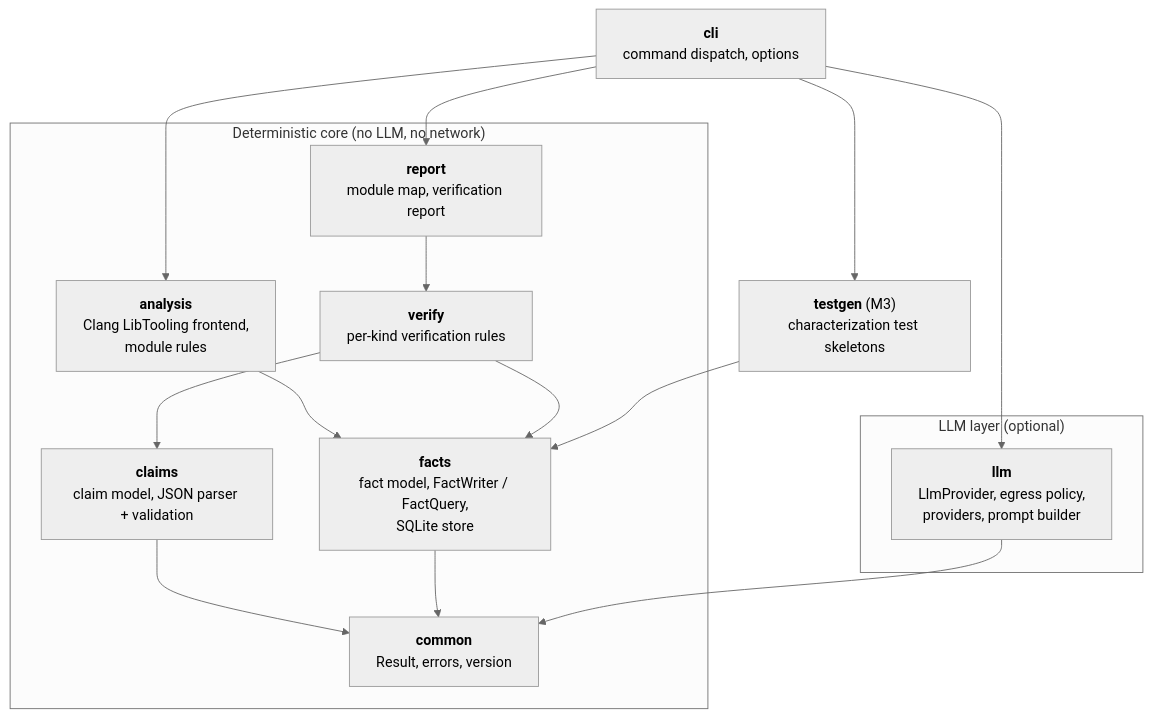
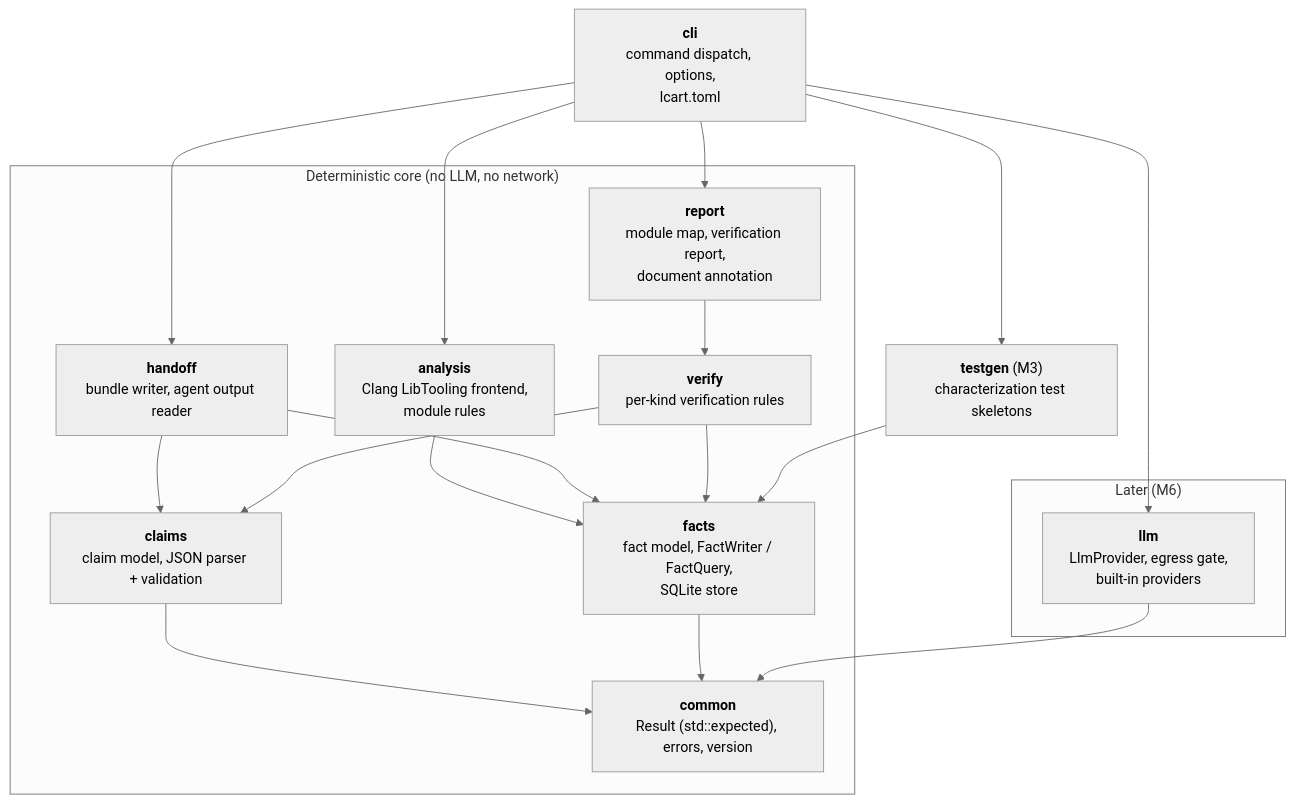
Before and after one commit to Tomek52/legacy-cartographer: the diagram in docs/architecture/c4-component.md, drawn with Mermaid (neutral theme). The commit also changed other lines of this file and 28 other files, not shown here.

First line of the commit message:
docs(adr): add ADRs 0006-0008 and the agent handoff contract

````diff
--- a/docs/architecture/c4-component.md
+++ b/docs/architecture/c4-component.md
@@ -6,28 +6,30 @@
 ```mermaid
 flowchart TB
-    cli["<b>cli</b><br/>command dispatch, options"]
+    cli["<b>cli</b><br/>command dispatch, options,<br/>lcart.toml"]
 
     subgraph det["Deterministic core (no LLM, no network)"]
         analysis["<b>analysis</b><br/>Clang LibTooling frontend,<br/>module rules"]
         facts["<b>facts</b><br/>fact model, FactWriter / FactQuery,<br/>SQLite store"]
         claims["<b>claims</b><br/>claim model, JSON parser + validation"]
         verify["<b>verify</b><br/>per-kind verification rules"]
-        report["<b>report</b><br/>module map, verification report"]
-        common["<b>common</b><br/>Result, errors, version"]
+        report["<b>report</b><br/>module map, verification report,<br/>document annotation"]
+        handoff["<b>handoff</b><br/>bundle writer, agent output reader"]
+        common["<b>common</b><br/>Result (std::expected), errors, version"]
     end
 
-    subgraph gen["LLM layer (optional)"]
-        llm["<b>llm</b><br/>LlmProvider, egress policy,<br/>providers, prompt builder"]
+    subgraph later["Later (M6)"]
+        llm["<b>llm</b><br/>LlmProvider, egress gate,<br/>built-in providers"]
     end
 
     testgen["<b>testgen</b> (M3)<br/>characterization test skeletons"]
 
-    cli --> analysis & report & llm & testgen
+    cli --> analysis & report & handoff & llm & testgen
     analysis --> facts
+    handoff --> claims & facts
     verify --> claims & facts
     report --> verify
     claims --> common
     facts --> common
     llm --> common
     testgen --> facts
 ```
````
